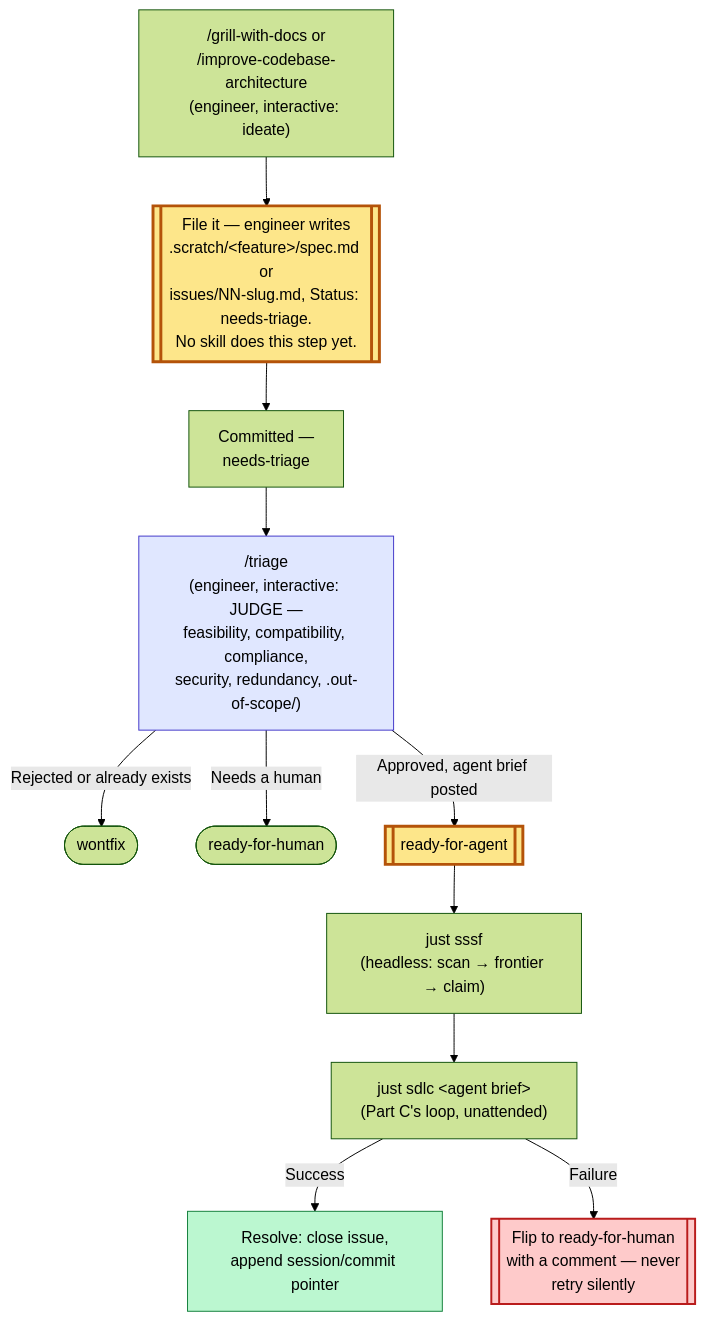
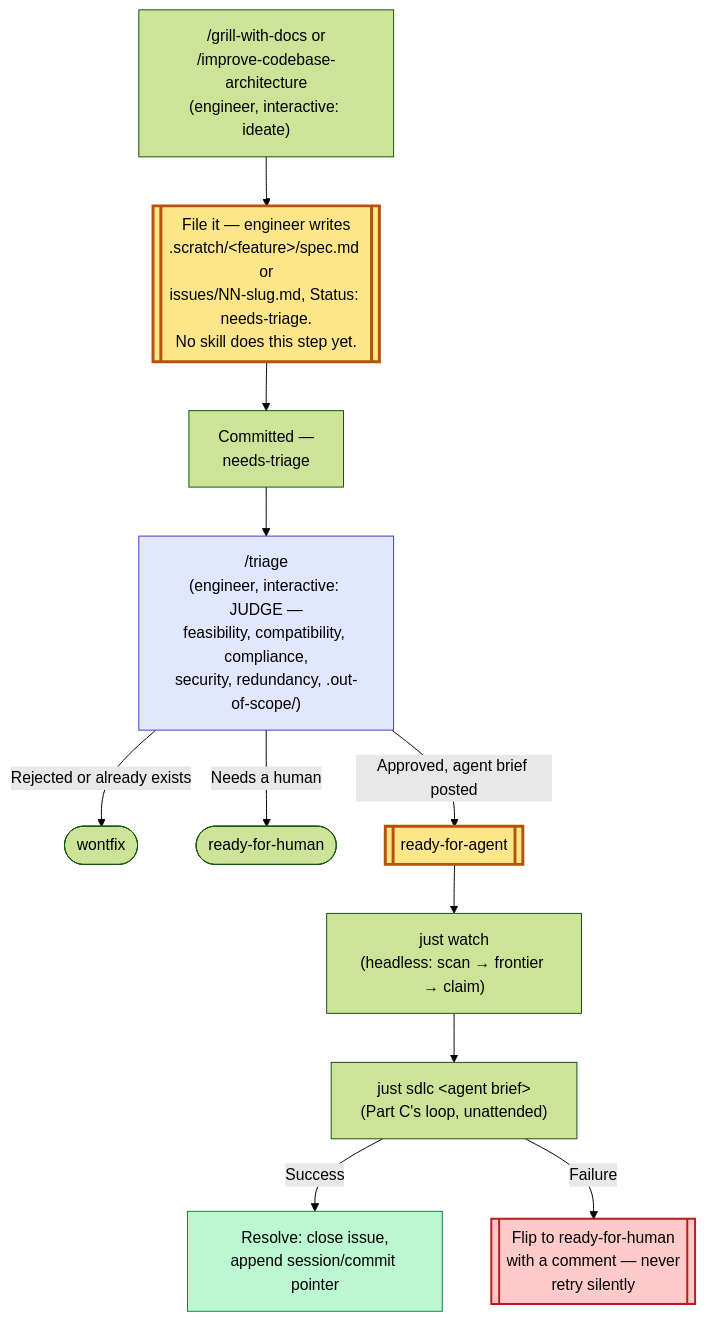
One commit to joystick/super-simple-software-factory changed the seventh of 7 diagrams in docs/playbook-adopting-sssf.md. Above: the diagram before and after it, drawn with Mermaid (forest theme). The commit also changed other lines of this file and 5 other files, not shown here.

First line of the commit message:
Rename just sssf -> just watch; fix a real git_helper.py output bug

````diff
--- a/docs/playbook-adopting-sssf.md
+++ b/docs/playbook-adopting-sssf.md
@@ -563,19 +563,19 @@
 ```mermaid
 flowchart TD
     Idea["/grill-with-docs or<br/>/improve-codebase-architecture<br/>(engineer, interactive: ideate)"] --> File[["File it — engineer writes<br/>.scratch/&lt;feature&gt;/spec.md or<br/>issues/NN-slug.md, Status: needs-triage.<br/>No skill does this step yet."]]
     File --> Filed[Committed —<br/>needs-triage]
     Filed --> Triage["/triage<br/>(engineer, interactive: JUDGE —<br/>feasibility, compatibility, compliance,<br/>security, redundancy, .out-of-scope/)"]
     Triage -->|Rejected or already exists| Wontfix([wontfix])
     Triage -->|Needs a human| ReadyHuman([ready-for-human])
     Triage -->|Approved, agent brief posted| Ready[["ready-for-agent"]]
-    Ready --> Watch["just sssf<br/>(headless: scan → frontier → claim)"]
+    Ready --> Watch["just watch<br/>(headless: scan → frontier → claim)"]
     Watch --> Sdlc["just sdlc &lt;agent brief&gt;<br/>(Part C's loop, unattended)"]
     Sdlc -->|Success| Resolve[Resolve: close issue,<br/>append session/commit pointer]
     Sdlc -->|Failure| Flip[["Flip to ready-for-human<br/>with a comment — never<br/>retry silently"]]
 
     style File fill:#fde68a,stroke:#b45309,stroke-width:3px,color:#000
     style Triage fill:#e0e7ff,stroke:#4338ca,color:#000
     style Ready fill:#fde68a,stroke:#b45309,stroke-width:3px,color:#000
     style Flip fill:#fecaca,stroke:#b91c1c,stroke-width:2px,color:#000
     style Resolve fill:#bbf7d0,stroke:#15803d,color:#000
 ```
````
